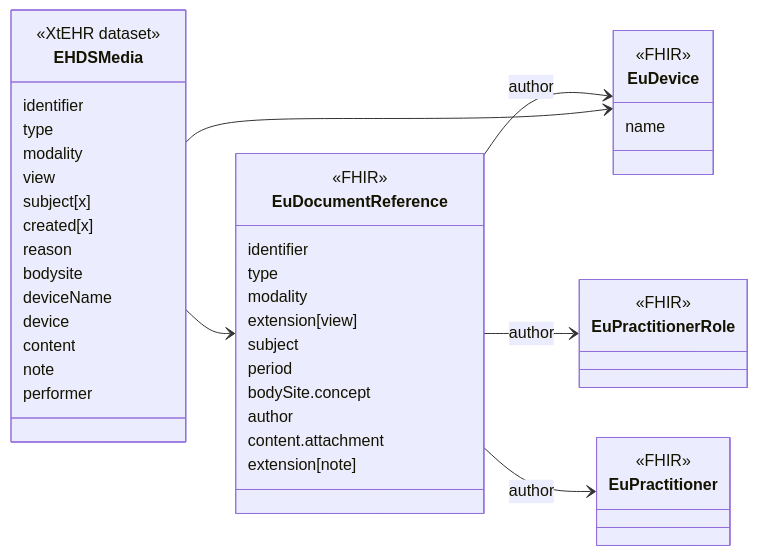
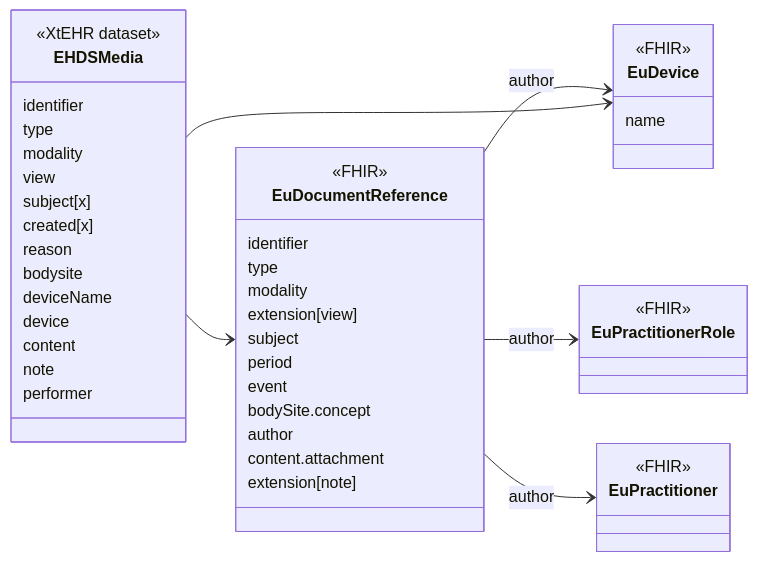
Before and after one commit to oijauregui/ehdsimaging: the diagram in input/intro-notes/ConceptMap-EHDSMediaMap-intro.md, drawn with Mermaid. The commit also changed 17 other files, not shown here.

````diff
--- a/input/intro-notes/ConceptMap-EHDSMediaMap-intro.md
+++ b/input/intro-notes/ConceptMap-EHDSMediaMap-intro.md
@@ -5,54 +5,55 @@
 ```mermaid
 classDiagram
 direction LR
 class EHDSMedia {
   <<XtEHR dataset>>
   identifier
   type
   modality
   view
   subject[x]
   created[x]
   reason
   bodysite
   deviceName
   device
   content
   note
   performer
 }
 link EHDSMedia "https://build.fhir.org/ig/Xt-EHR/xt-ehr-common/StructureDefinition-EHDSMedia.html"
 class EuDocumentReference{
   <<FHIR>>
   identifier
   type
   modality
   extension[view]
   subject
   period
+  event
   bodySite.concept
   author
   content.attachment
   extension[note]
 }
 
 class EuDevice{
   <<FHIR>>
   name
 }
 
 class EuDevice {
   <<FHIR>>
 }
 class EuPractitionerRole {
   <<FHIR>>
 }
 class  EuPractitioner {
   <<FHIR>>
 }
 EHDSMedia --> EuDocumentReference
 EuDocumentReference --> EuDevice : author
 EuDocumentReference --> EuPractitionerRole : author
 EuDocumentReference -->  EuPractitioner : author
 EHDSMedia --> EuDevice
 ```
````
